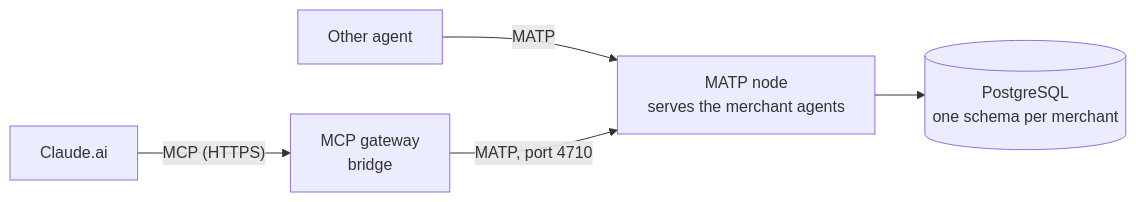
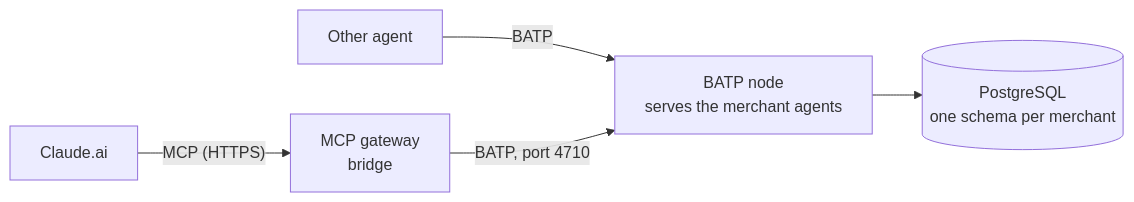
Before and after one commit to MaxEntz/BaselHack2026: the diagram in documentation/PROTOCOL.md, drawn with Mermaid. The commit also changed other lines of this file and 66 other files, not shown here.

First line of the commit message:
refactor(batp): rename the agent protocol MATP to BATP (#119)

````diff
--- a/documentation/PROTOCOL.md
+++ b/documentation/PROTOCOL.md
@@ -22,7 +22,7 @@
 ```mermaid
 flowchart LR
   C["Claude.ai"] -->|"MCP (HTTPS)"| GW["MCP gateway<br/>bridge"]
-  O["Other agent"] -->|"MATP"| N
-  GW -->|"MATP, port 4710"| N["MATP node<br/>serves the merchant agents"]
+  O["Other agent"] -->|"BATP"| N
+  GW -->|"BATP, port 4710"| N["BATP node<br/>serves the merchant agents"]
   N --> DB[("PostgreSQL<br/>one schema per merchant")]
 ```
````
